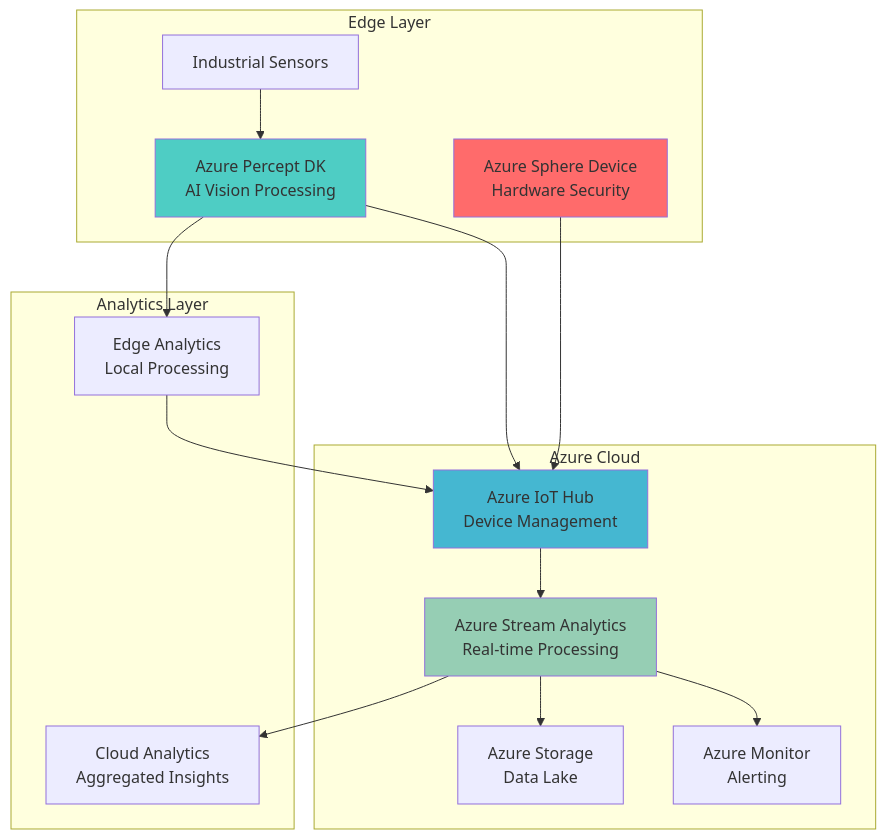
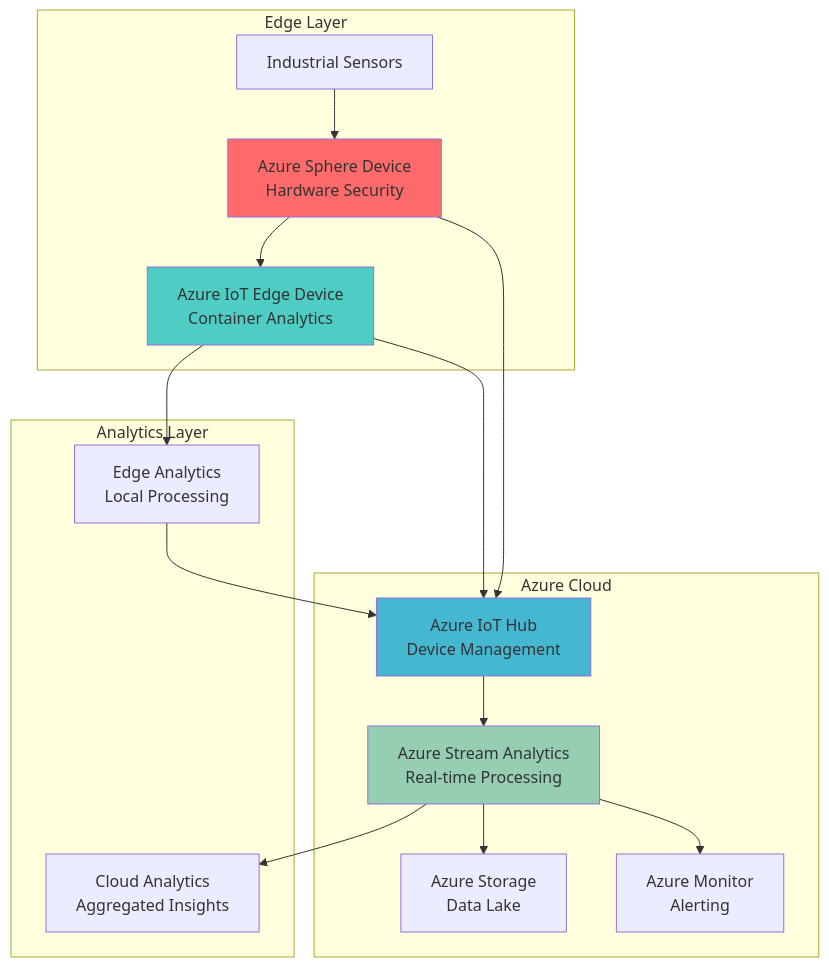
One commit to mzazon/awesome-cloud-projects changed the diagram in azure/secure-iot-edge-analytics-percept-sphere/secure-iot-edge-analytics-percept-sphere.md. Above: the diagram before and after it, drawn with Mermaid. The commit also changed other lines of this file and 5581 other files, not shown here.

````diff
--- a/azure/secure-iot-edge-analytics-percept-sphere/secure-iot-edge-analytics-percept-sphere.md
+++ b/azure/secure-iot-edge-analytics-percept-sphere/secure-iot-edge-analytics-percept-sphere.md
@@ -30,35 +30,36 @@
 ```mermaid
 graph TB
     subgraph "Edge Layer"
         SPHERE[Azure Sphere Device<br/>Hardware Security]
-        PERCEPT[Azure Percept DK<br/>AI Vision Processing]
+        EDGE[Azure IoT Edge Device<br/>Container Analytics]
         SENSORS[Industrial Sensors]
     end
     
     subgraph "Azure Cloud"
         IOT[Azure IoT Hub<br/>Device Management]
         STREAM[Azure Stream Analytics<br/>Real-time Processing]
         STORAGE[Azure Storage<br/>Data Lake]
         MONITOR[Azure Monitor<br/>Alerting]
     end
     
     subgraph "Analytics Layer"
         EDGE_ANALYTICS[Edge Analytics<br/>Local Processing]
         CLOUD_ANALYTICS[Cloud Analytics<br/>Aggregated Insights]
     end
     
-    SENSORS --> PERCEPT
-    PERCEPT --> EDGE_ANALYTICS
+    SENSORS --> SPHERE
+    SPHERE --> EDGE
+    EDGE --> EDGE_ANALYTICS
     SPHERE --> IOT
-    PERCEPT --> IOT
+    EDGE --> IOT
     EDGE_ANALYTICS --> IOT
     IOT --> STREAM
     STREAM --> STORAGE
     STREAM --> MONITOR
     STREAM --> CLOUD_ANALYTICS
     
     style SPHERE fill:#FF6B6B
-    style PERCEPT fill:#4ECDC4
+    style EDGE fill:#4ECDC4
     style IOT fill:#45B7D1
     style STREAM fill:#96CEB4
 ```
````
